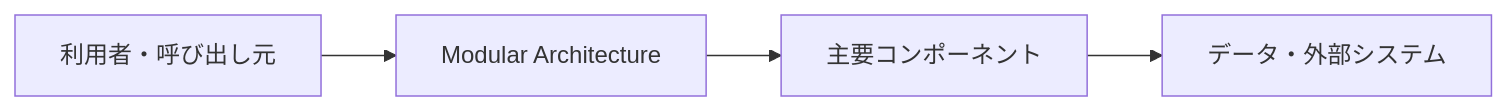
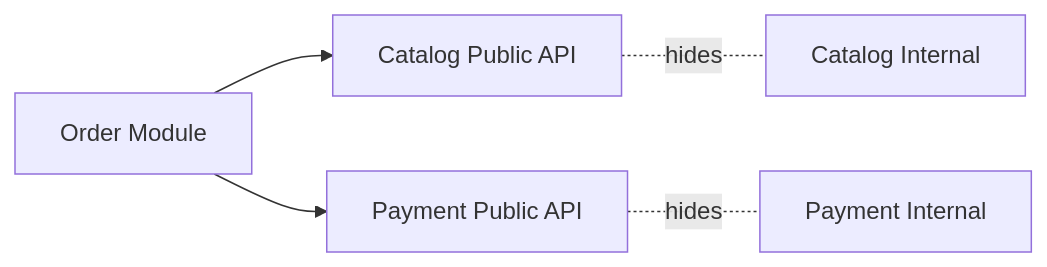
The diagram in docs/レイヤー・責務分離系/モジュラーアーキテクチャ.md (t-shirayama/architecture-notes), drawn with Mermaid before and after one commit. The commit also changed other lines of this file and 32 other files, not shown here.

Commit message:
docs: refine remaining architecture notes

````diff
--- a/docs/レイヤー・責務分離系/モジュラーアーキテクチャ.md
+++ b/docs/レイヤー・責務分離系/モジュラーアーキテクチャ.md
@@ -24,6 +28,7 @@
 ```mermaid
 flowchart LR
-    A[利用者・呼び出し元] --> B[Modular Architecture]
-    B --> C[主要コンポーネント]
-    C --> D[データ・外部システム]
+    Order[Order Module] --> CatalogAPI[Catalog Public API]
+    Order --> PaymentAPI[Payment Public API]
+    CatalogAPI -. hides .- CatalogInternal[Catalog Internal]
+    PaymentAPI -. hides .- PaymentInternal[Payment Internal]
 ```
````
